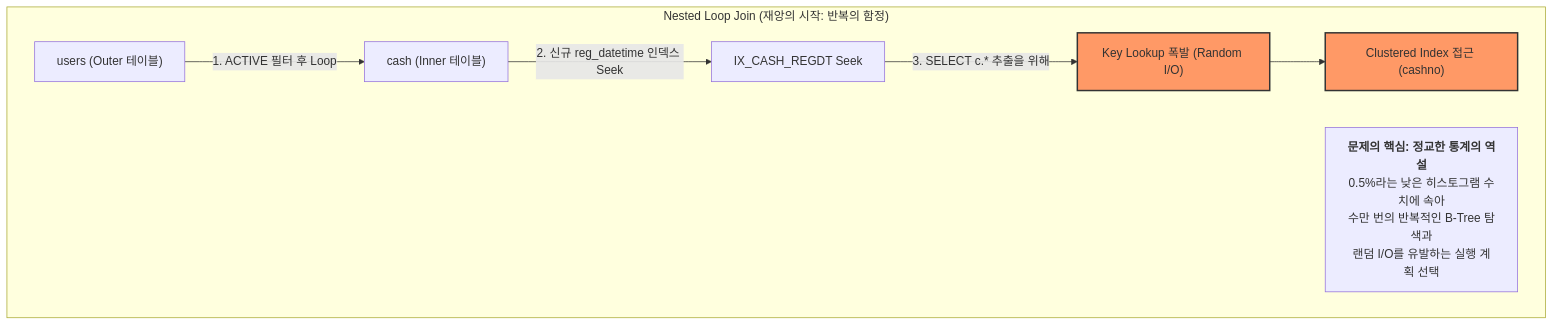
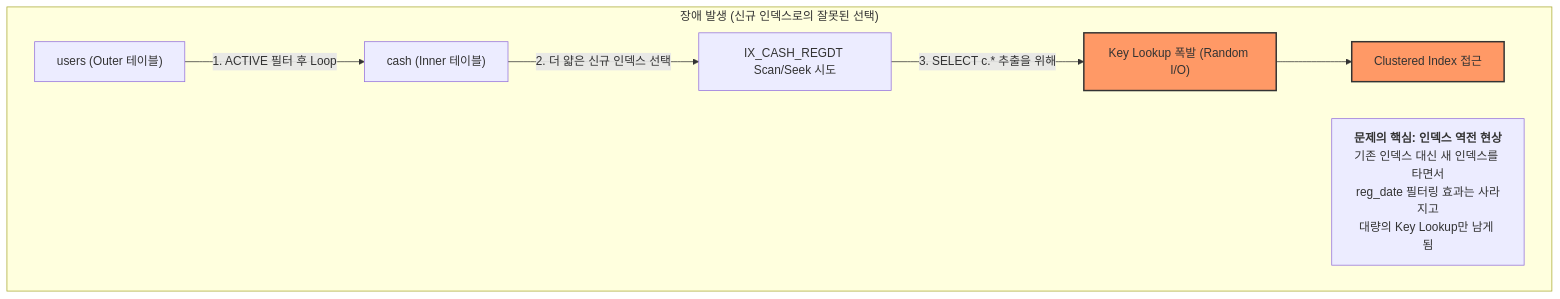
Before and after one commit to muzzaiwork/candidate: the second of 3 diagrams in troubleshooting/payletter_index_optimization.md, drawn with Mermaid. The commit also changed other lines of this file, not shown here.

Commit message:
Clarify index contention and execution plan reversal between reg_date and reg_datetime indexes

````diff
--- a/troubleshooting/payletter_index_optimization.md
+++ b/troubleshooting/payletter_index_optimization.md
@@ -68,15 +69,15 @@
 ```mermaid
 graph TD
-    subgraph "Nested Loop Join (재앙의 시작: 반복의 함정)"
+    subgraph "장애 발생 (신규 인덱스로의 잘못된 선택)"
         U_Outer["users (Outer 테이블)"] -- "1. ACTIVE 필터 후 Loop" --> C_Inner["cash (Inner 테이블)"]
         
-        C_Inner -- "2. 신규 reg_datetime 인덱스 Seek" --> N["IX_CASH_REGDT Seek"]
+        C_Inner -- "2. 더 얇은 신규 인덱스 선택" --> N["IX_CASH_REGDT Scan/Seek 시도"]
         N -- "3. SELECT c.* 추출을 위해" --> K["Key Lookup 폭발 (Random I/O)"]
-        K --> C_L["Clustered Index 접근 (cashno)"]
+        K --> C_L["Clustered Index 접근"]
         
-        note2["<b>문제의 핵심: 정교한 통계의 역설</b><br/>0.5%라는 낮은 히스토그램 수치에 속아<br/>수만 번의 반복적인 B-Tree 탐색과<br/>랜덤 I/O를 유발하는 실행 계획 선택"]
+        note2["<b>문제의 핵심: 인덱스 역전 현상</b><br/>기존 인덱스 대신 새 인덱스를 타면서<br/>reg_date 필터링 효과는 사라지고<br/>대량의 Key Lookup만 남게 됨"]
     end
 
     style K fill:#f96,stroke:#333,stroke-width:2px
     style C_L fill:#f96,stroke:#333,stroke-width:2px
 ```
````
